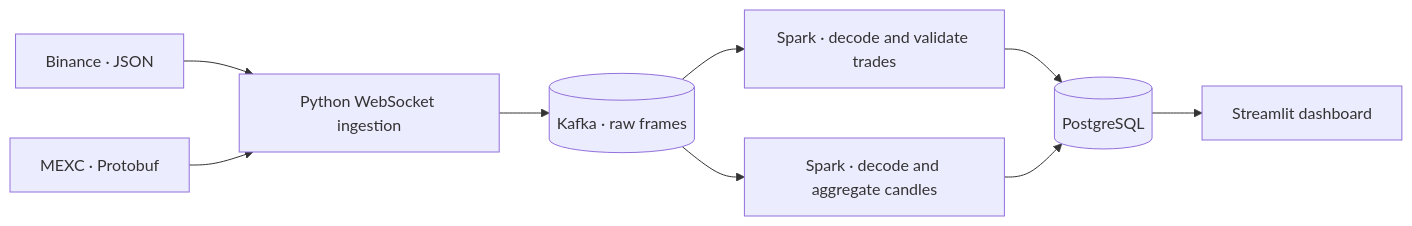
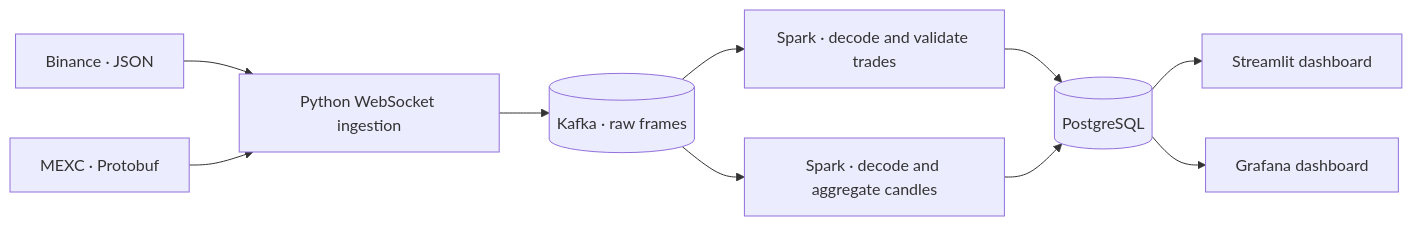
One commit to ayyayyron/Declarative-Multi-Exchange-Analytics-Platform changed the diagram in README.md. Above: the diagram before and after it, drawn with Mermaid. The commit also changed other lines of this file and 24 other files, not shown here.

````diff
--- a/README.md
+++ b/README.md
@@ -27,11 +29,12 @@
 ```mermaid
 flowchart LR
     B["Binance · JSON"] --> I["Python WebSocket ingestion"]
     M["MEXC · Protobuf"] --> I
     I --> K[("Kafka · raw frames")]
     K --> T["Spark · decode and validate trades"]
     K --> C["Spark · decode and aggregate candles"]
     T --> P[("PostgreSQL")]
     C --> P
     P --> UI["Streamlit dashboard"]
+    P --> G["Grafana dashboard"]
 ```
````
